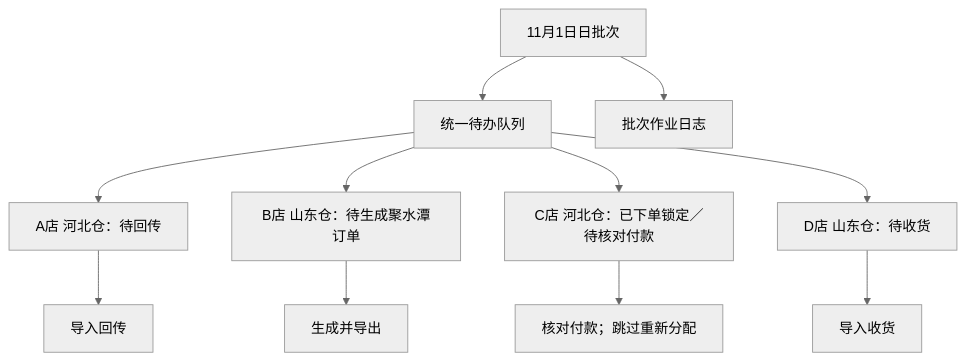
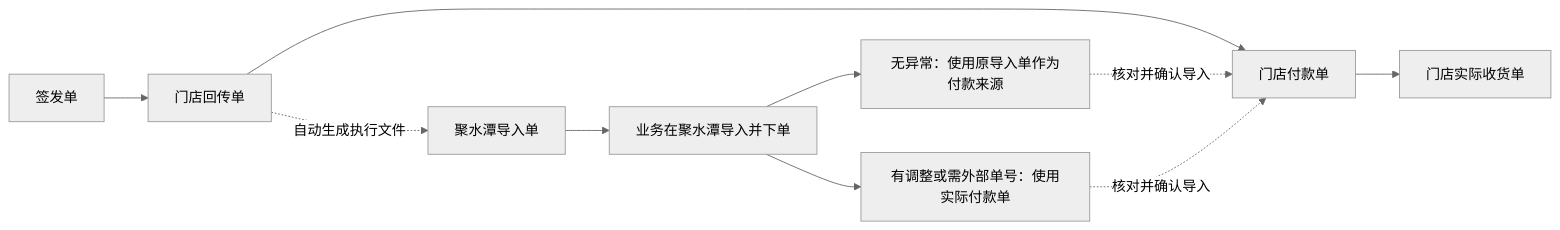
Before and after one commit to SakuraCulture/replenishment-assistant: the diagram in docs/plans/回传后聚水潭订单分配与付款待核方案_20261101.md, drawn with Mermaid (neutral theme). The commit also changed other lines of this file and 9 other files, not shown here.

````diff
--- a/docs/plans/回传后聚水潭订单分配与付款待核方案_20261101.md
+++ b/docs/plans/回传后聚水潭订单分配与付款待核方案_20261101.md
@@ -36,13 +20,12 @@
 ```mermaid
-flowchart TD
-    D[11月1日日批次] --> Q[统一待办队列]
-    D --> L[批次作业日志]
-    Q --> A[A店 河北仓：待回传]
-    Q --> B[B店 山东仓：待生成聚水潭订单]
-    Q --> C[C店 河北仓：已下单锁定／待核对付款]
-    Q --> E[D店 山东仓：待收货]
-    A --> A1[导入回传]
-    B --> B1[生成并导出]
-    C --> C1[核对付款；跳过重新分配]
-    E --> E1[导入收货]
+flowchart LR
+    S[签发单] --> R[门店回传单]
+    R --> P[门店付款单]
+    P --> Q[门店实际收货单]
+    R -. 自动生成执行文件 .-> J[聚水潭导入单]
+    J --> E[业务在聚水潭导入并下单]
+    E --> A[无异常：使用原导入单作为付款来源]
+    E --> B[有调整或需外部单号：使用实际付款单]
+    A -. 核对并确认导入 .-> P
+    B -. 核对并确认导入 .-> P
 ```
````
